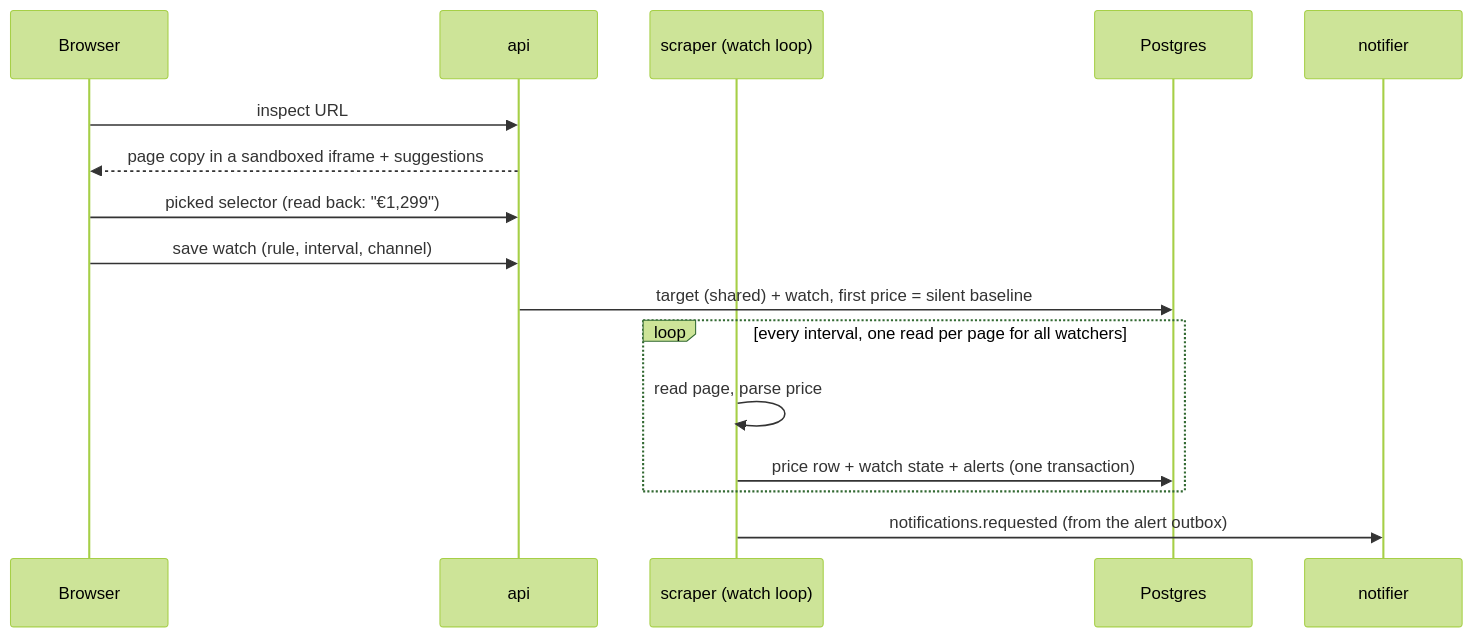
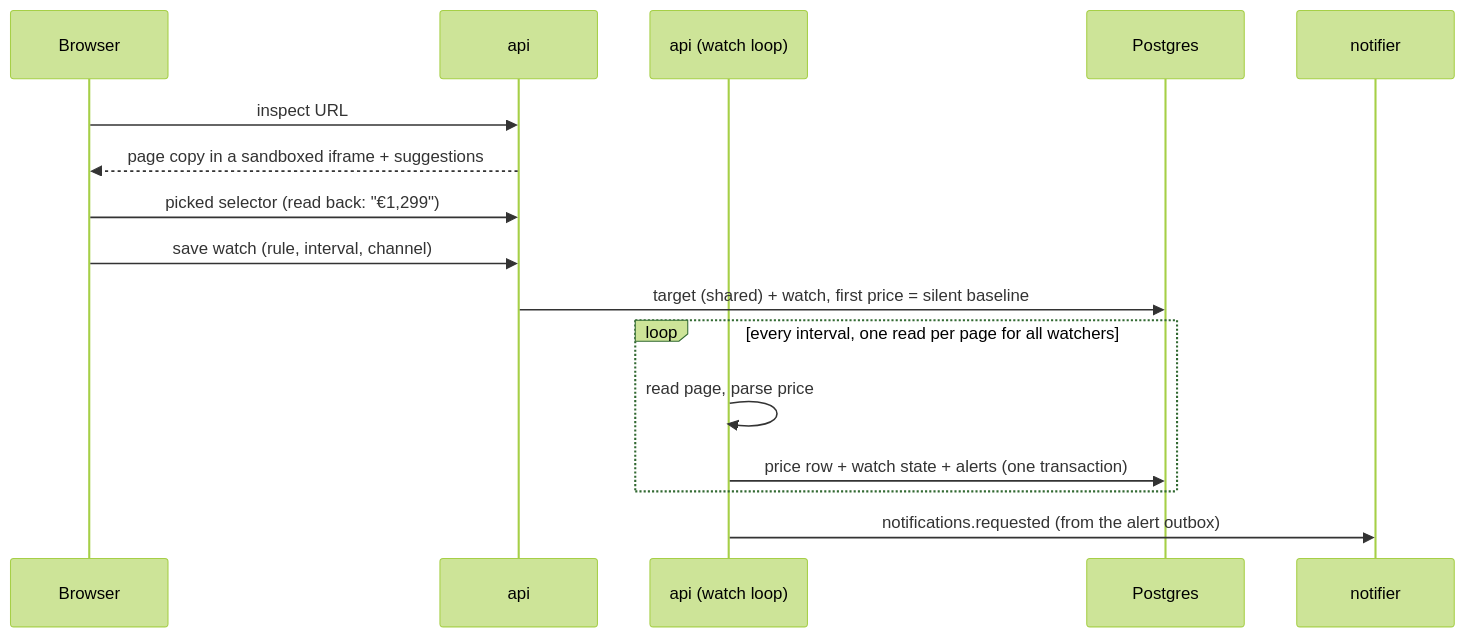
Before and after one commit to A1nar-S/ad-monitor: the sixth of 6 diagrams in docs/architecture.md, drawn with Mermaid (forest theme). The commit also changed other lines of this file and 69 other files, not shown here.

````diff
--- a/docs/architecture.md
+++ b/docs/architecture.md
@@ -126,19 +136,19 @@
 ```mermaid
 sequenceDiagram
     participant U as Browser
     participant A as api
-    participant S as scraper (watch loop)
+    participant S as api (watch loop)
     participant DB as Postgres
     participant N as notifier
 
     U->>A: inspect URL
     A-->>U: page copy in a sandboxed iframe + suggestions
     U->>A: picked selector (read back: "€1,299")
     U->>A: save watch (rule, interval, channel)
     A->>DB: target (shared) + watch, first price = silent baseline
     loop every interval, one read per page for all watchers
         S->>S: read page, parse price
         S->>DB: price row + watch state + alerts (one transaction)
     end
     S->>N: notifications.requested (from the alert outbox)
 ```
````
